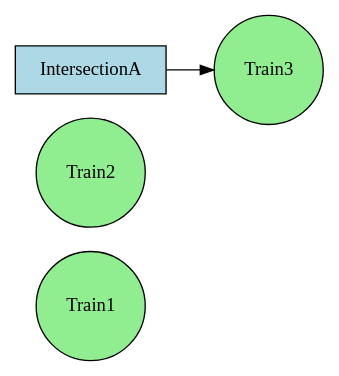
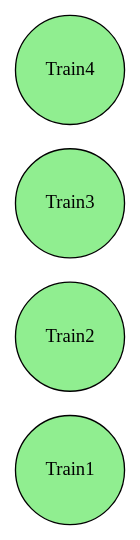
One commit to Epsilon157/Group-D changed the diagram in rag.dot. Above: the diagram before and after it, drawn with Graphviz. The commit also changed 7 other files, not shown here.

```diff
--- a/rag.dot
+++ b/rag.dot
@@ -1,8 +1,8 @@
 digraph RAG {
   rankdir=LR;
   node [shape=rectangle, style=filled, fillcolor=lightblue];
   "Train1" [shape=circle, fillcolor=lightgreen];
   "Train2" [shape=circle, fillcolor=lightgreen];
   "Train3" [shape=circle, fillcolor=lightgreen];
-  "IntersectionA" -> "Train3";
+  "Train4" [shape=circle, fillcolor=lightgreen];
 }
```
